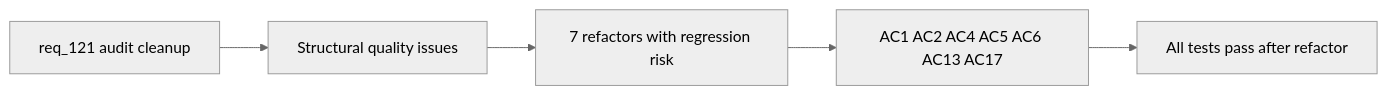
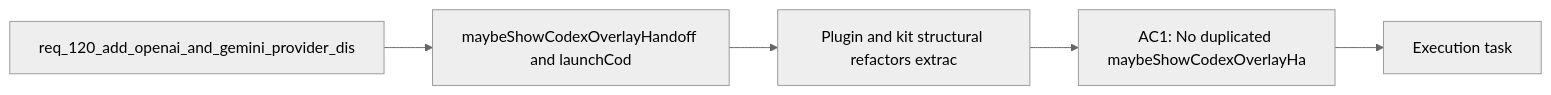
One commit to AlexAgo83/logics-manager changed the diagram in logics/backlog/item_212_plugin_and_kit_structural_refactors_extract_duplications_add_type_safety_decompose_modules_and_add_html_test_coverage.md. Above: the diagram before and after it, drawn with Mermaid (neutral theme). The commit also changed 481 other files, not shown here.

````diff
--- a/logics/backlog/item_212_plugin_and_kit_structural_refactors_extract_duplications_add_type_safety_decompose_modules_and_add_html_test_coverage.md
+++ b/logics/backlog/item_212_plugin_and_kit_structural_refactors_extract_duplications_add_type_safety_decompose_modules_and_add_html_test_coverage.md
@@ -25,9 +25,9 @@
 ```mermaid
 %% logics-kind: backlog
 %% logics-signature: backlog|plugin-and-kit-structural-refactors-extr|req-120-add-openai-and-gemini-provider-d|maybeshowcodexoverlayhandoff-and-launchc|ac1-no-duplicated-maybeshowcodexoverlayh
 flowchart LR
-    Request[req_121 audit cleanup] --> Problem[Structural quality issues]
-    Problem --> Scope[7 refactors with regression risk]
-    Scope --> AC[AC1 AC2 AC4 AC5 AC6 AC13 AC17]
-    AC --> Safe[All tests pass after refactor]
+    Request[req_120_add_openai_and_gemini_provider_dis] --> Problem[maybeShowCodexOverlayHandoff and launchCod]
+    Problem --> Scope[Plugin and kit structural refactors extrac]
+    Scope --> Acceptance[AC1: No duplicated maybeShowCodexOverlayHa]
+    Acceptance --> Tasks[Execution task]
 ```
````
